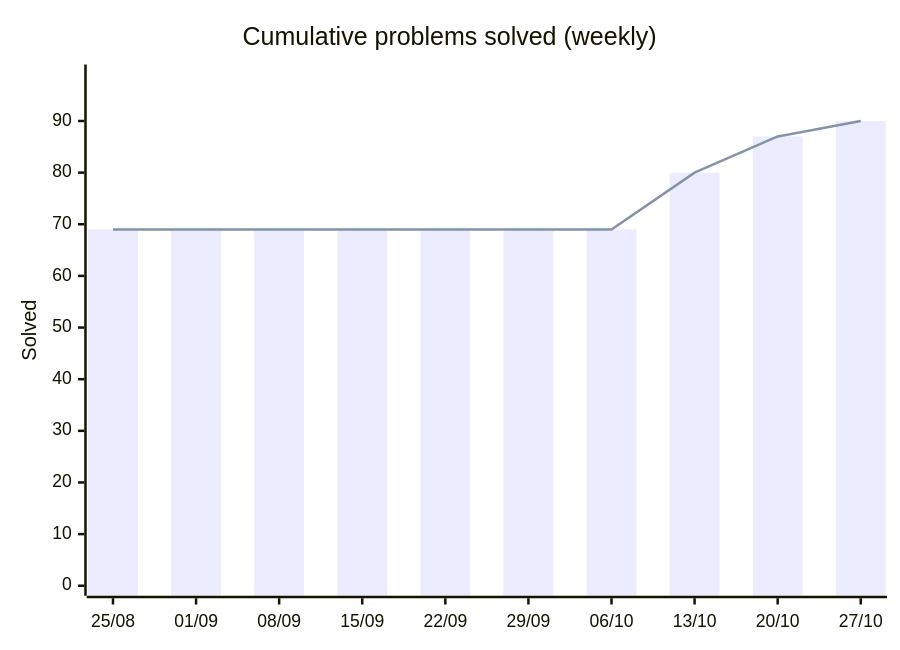
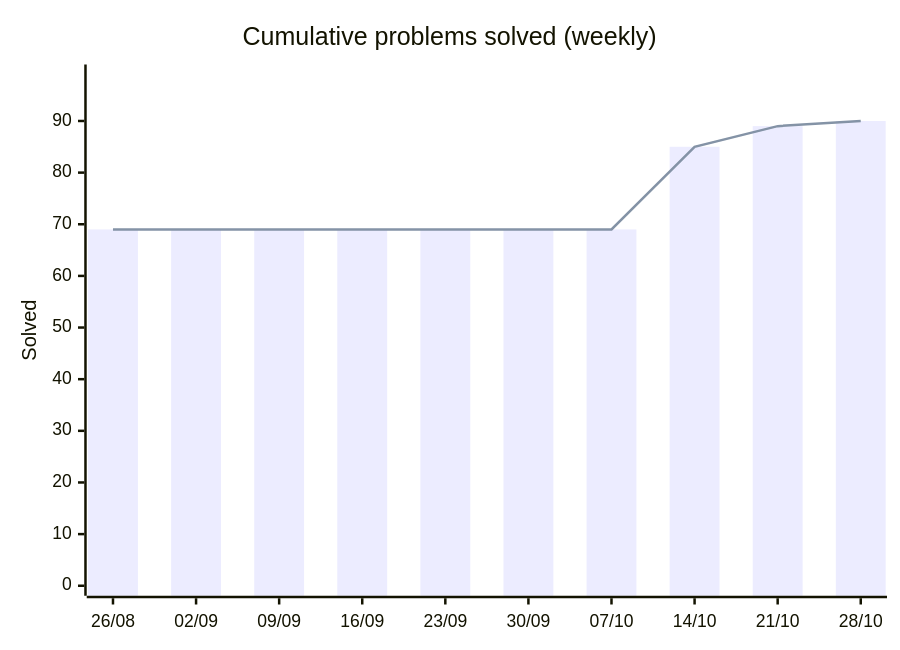
Before and after one commit to HarryTrn/TensorTonic-Solutions: the first of 2 diagrams in README.md, drawn with Mermaid. The commit also changed other lines of this file, not shown here.

Commit message:
docs: auto-update README [skip ci]

````diff
--- a/README.md
+++ b/README.md
@@ -65,8 +65,8 @@
 ```mermaid
 xychart-beta
     title "Cumulative problems solved (weekly)"
-    x-axis ["25/08", "01/09", "08/09", "15/09", "22/09", "29/09", "06/10", "13/10", "20/10", "27/10"]
+    x-axis ["26/08", "02/09", "09/09", "16/09", "23/09", "30/09", "07/10", "14/10", "21/10", "28/10"]
     y-axis "Solved" 0 --> 99
-    bar [69, 69, 69, 69, 69, 69, 69, 80, 87, 90]
-    line [69, 69, 69, 69, 69, 69, 69, 80, 87, 90]
+    bar [69, 69, 69, 69, 69, 69, 69, 85, 89, 90]
+    line [69, 69, 69, 69, 69, 69, 69, 85, 89, 90]
 ```
````
